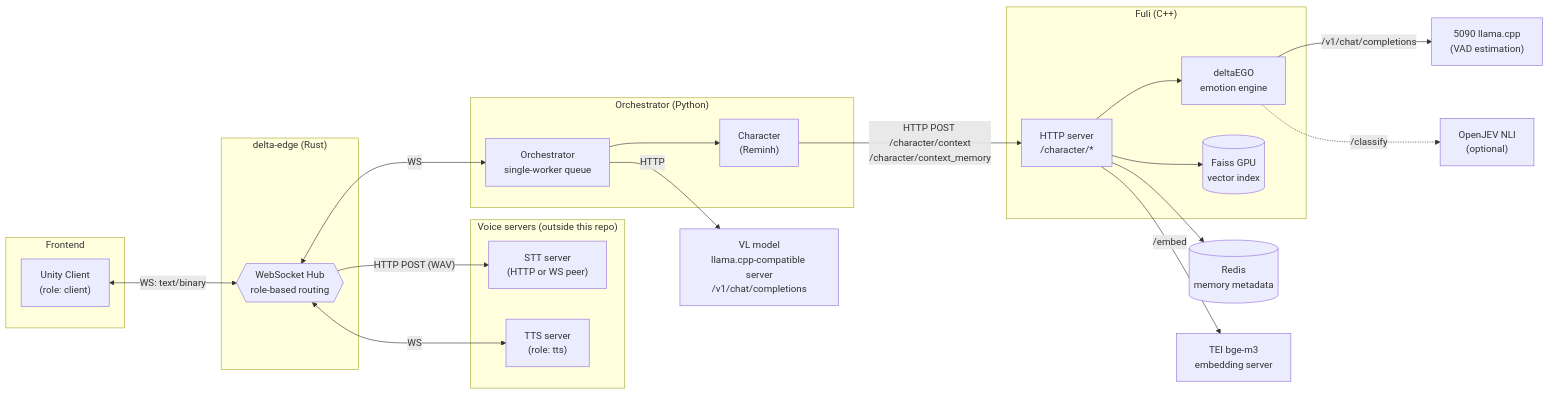
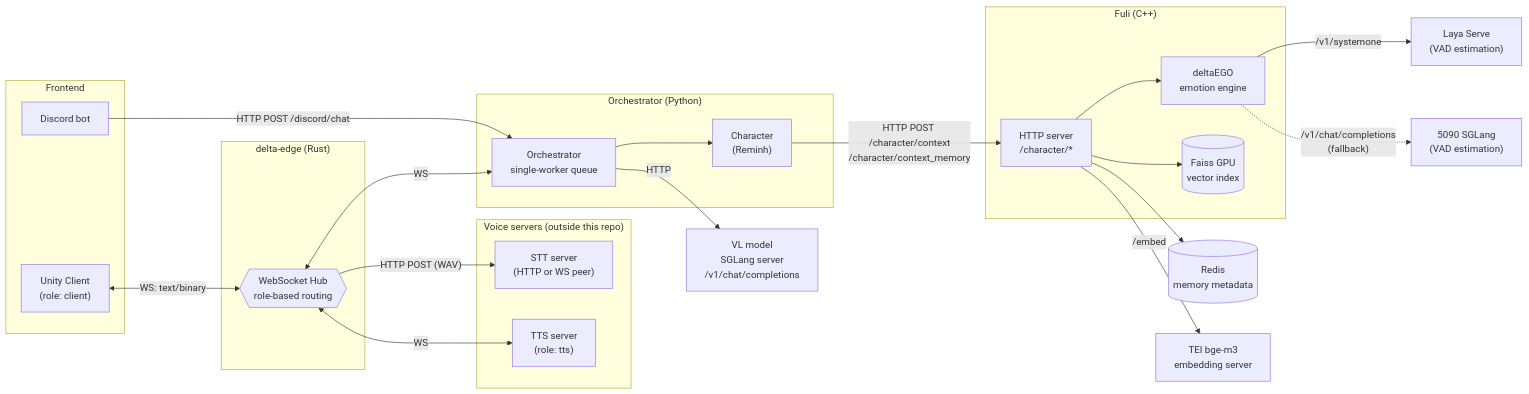
The first of 9 diagrams in README.md (deltaAnima/Project_deltaAnima), drawn with Mermaid before and after one commit. The commit also changed other lines of this file, not shown here.

Commit message:
DOCS: update README for Laya, SGLang, identity scopes, Discord route, TUI

````diff
--- a/README.md
+++ b/README.md
@@ -74,47 +74,49 @@
 ```mermaid
 flowchart LR
     subgraph Frontend
         U["Unity Client<br/>(role: client)"]
+        D["Discord bot"]
     end
 
     subgraph Edge["delta-edge (Rust)"]
         H{{"WebSocket Hub<br/>role-based routing"}}
     end
 
     subgraph Voice["Voice servers (outside this repo)"]
         STT["STT server<br/>(HTTP or WS peer)"]
         TTS["TTS server<br/>(role: tts)"]
     end
 
     subgraph Brain["Orchestrator (Python)"]
         O["Orchestrator<br/>single-worker queue"]
         C["Character<br/>(Reminh)"]
     end
 
-    VL["VL model<br/>llama.cpp-compatible server<br/>/v1/chat/completions"]
+    VL["VL model<br/>SGLang server<br/>/v1/chat/completions"]
 
     subgraph Fuli["Fuli (C++)"]
         F["HTTP server<br/>/character/*"]
         EGO["deltaEGO<br/>emotion engine"]
         FA[("Faiss GPU<br/>vector index")]
     end
 
     R[("Redis<br/>memory metadata")]
     TEI["TEI bge-m3<br/>embedding server"]
-    L5090["5090 llama.cpp<br/>(VAD estimation)"]
-    JEV["OpenJEV NLI<br/>(optional)"]
+    L5090["5090 SGLang<br/>(VAD estimation)"]
+    LAYA["Laya Serve<br/>(VAD estimation)"]
 
     U <-- "WS: text/binary" --> H
+    D -- "HTTP POST /discord/chat" --> O
     H <-- "WS" --> O
     H <-- "WS" --> TTS
     H -- "HTTP POST (WAV)" --> STT
     O --> C
     C -- "HTTP POST /character/context<br/>/character/context_memory" --> F
     O -- "HTTP" --> VL
     F --> EGO
     F --> FA
     F --> R
     F -- "/embed" --> TEI
-    EGO -- "/v1/chat/completions" --> L5090
-    EGO -. "/classify" .-> JEV
+    EGO -- "/v1/systemone" --> LAYA
+    EGO -. "/v1/chat/completions<br/>(fallback)" .-> L5090
 ```
````
